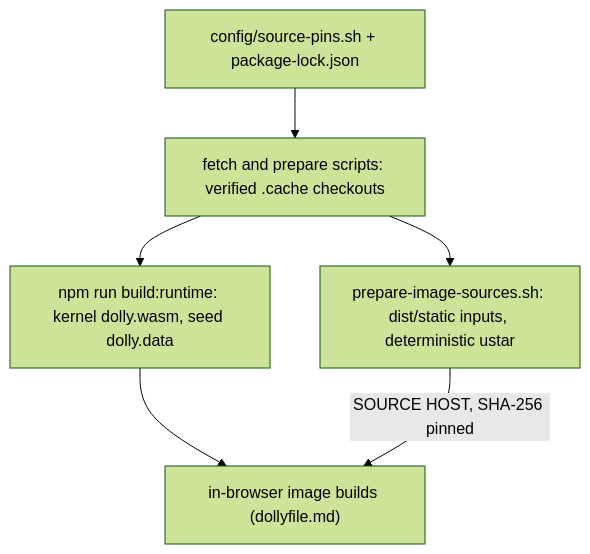
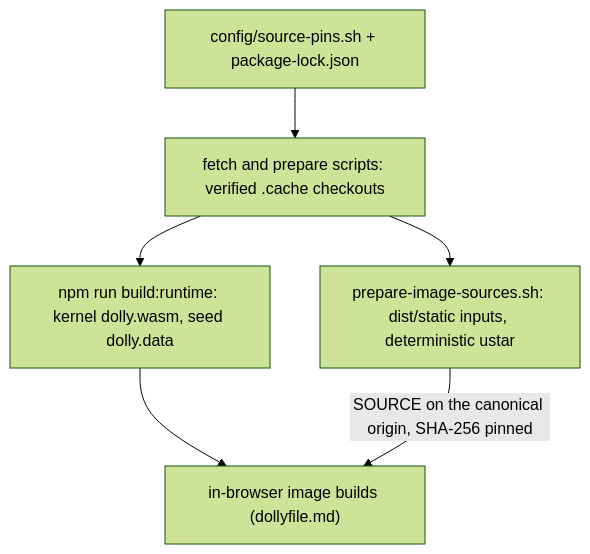
Before and after one commit to daugasauron/dolly: the diagram in docs/sources.md, drawn with Mermaid (forest theme). The commit also changed other lines of this file and 174 other files, not shown here.

````diff
--- a/docs/sources.md
+++ b/docs/sources.md
@@ -8,8 +8,8 @@
 ```mermaid
 flowchart TD
   pins["config/source-pins.sh + package-lock.json"] --> prep["fetch and prepare scripts: verified .cache checkouts"]
   prep --> runtime["npm run build:runtime: kernel dolly.wasm, seed dolly.data"]
   prep --> static["prepare-image-sources.sh: dist/static inputs, deterministic ustar"]
   runtime --> images["in-browser image builds (dollyfile.md)"]
-  static -- "SOURCE HOST, SHA-256 pinned" --> images
+  static -- "SOURCE on the canonical origin, SHA-256 pinned" --> images
 ```
````
